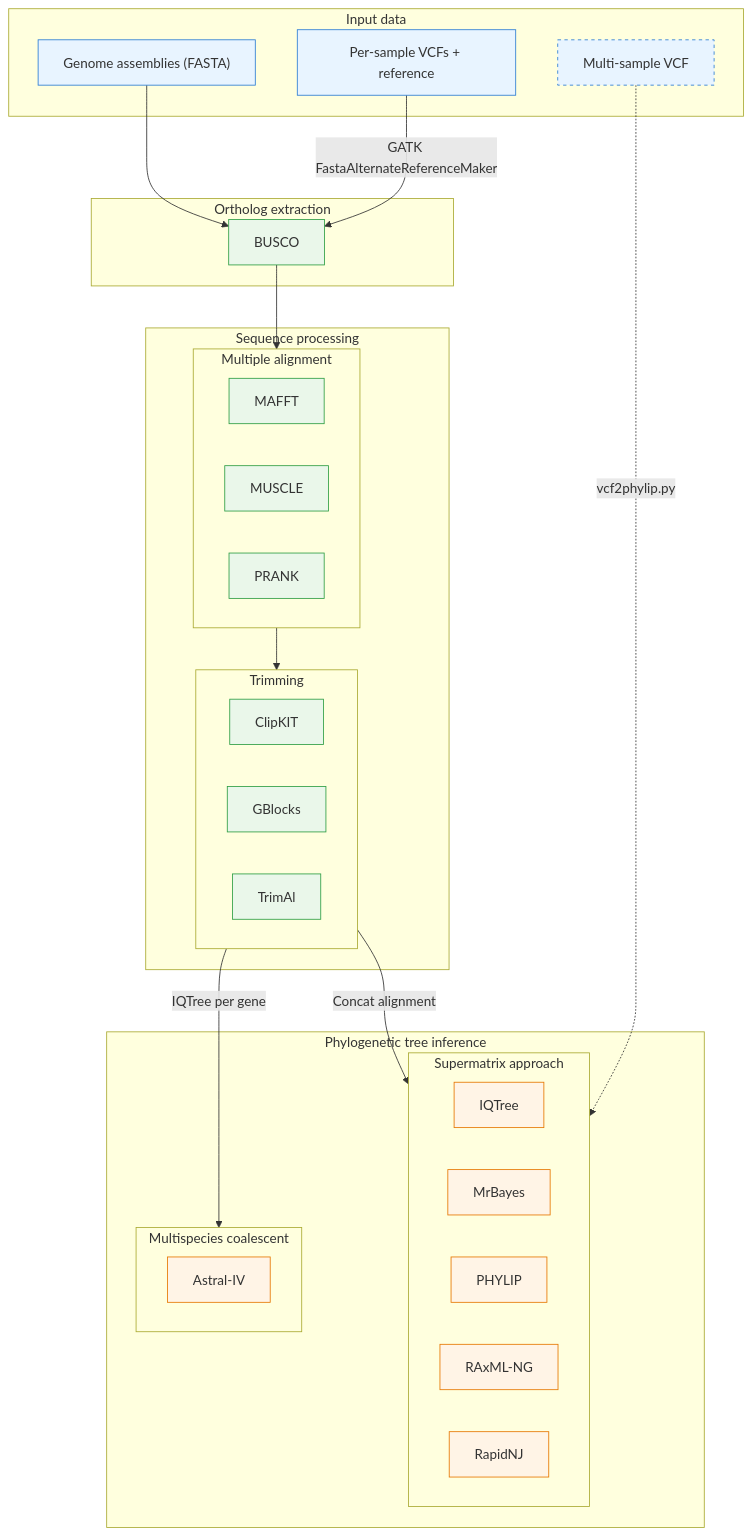
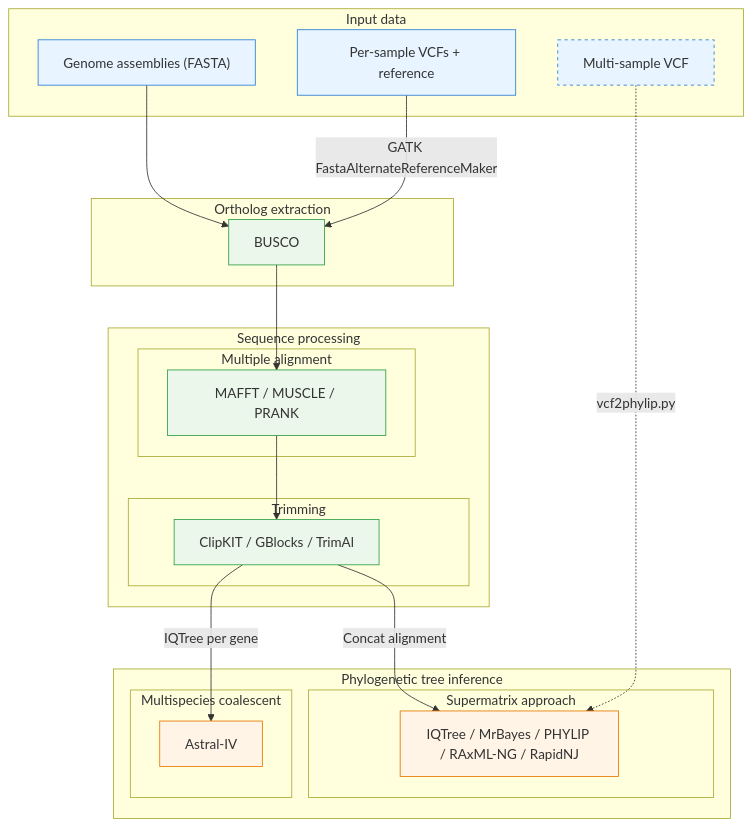
One commit to tomarovsky/BuscoClade changed the diagram in README.md. Above: the diagram before and after it, drawn with Mermaid.

````diff
--- a/README.md
+++ b/README.md
@@ -13,65 +13,57 @@
 ```mermaid
 flowchart TD
 
 %% ----- INPUT -----
 subgraph INPUT["Input data"]
 A_fa["Genome assemblies (FASTA)"]
 A_vcf["Per-sample VCFs + reference"]
 A_vcf2["Multi-sample VCF"]
 end
 
 %% ----- BUSCO -----
 subgraph BUSCO["Ortholog extraction"]
 B_busco["BUSCO"]
 end
 
 %% ----- PREPROCESSING -----
 subgraph PREP["Sequence processing"]
 subgraph ALN["Multiple alignment"]
-C_mafft["MAFFT"]
-C_muscle["MUSCLE"]
-C_prank["PRANK"]
+C_aln["MAFFT / MUSCLE / PRANK"]
 end
 subgraph FLT["Trimming"]
-C_clipkit["ClipKIT"]
-C_gblocks["GBlocks"]
-C_trimal["TrimAl"]
+C_flt["ClipKIT / GBlocks / TrimAl"]
 end
 end
 
 %% ----- PHYLOGENY -----
 subgraph PHYLO["Phylogenetic tree inference"]
 subgraph CONCAT["Supermatrix approach"]
-E_iqtree["IQTree"]
-E_mrbayes["MrBayes"]
-E_phylip["PHYLIP"]
-E_raxml["RAxML-NG"]
-E_rapidnj["RapidNJ"]
+E_phy["IQTree / MrBayes / PHYLIP / RAxML-NG / RapidNJ"]
 end
 subgraph TREE["Multispecies coalescent"]
 D_ast["Astral-IV"]
 end
 end
 
 %% ----- EDGES: MAIN -----
 A_fa --> B_busco
 A_vcf -->|"GATK FastaAlternateReferenceMaker"| B_busco
-B_busco --> ALN
-ALN --> FLT
-FLT -->|"Concat alignment"| CONCAT
-FLT -->|"IQTree per gene"| TREE
+B_busco --> C_aln
+C_aln --> C_flt
+C_flt -->|"Concat alignment"| E_phy
+C_flt -->|"IQTree per gene"| D_ast
 
 %% ----- EDGES: VCF2PHYLIP -----
-A_vcf2 -. "vcf2phylip.py" .-> CONCAT
+A_vcf2 -. "vcf2phylip.py" .-> E_phy
 
 %% ----- STYLE -----
 classDef input fill:#e8f4ff,stroke:#2b7cd3,stroke-width:1px
 classDef process fill:#eaf7ea,stroke:#2f9e44,stroke-width:1px
 classDef phylo fill:#fff4e6,stroke:#e67700,stroke-width:1px
 classDef optional fill:#e8f4ff,stroke:#2b7cd3,stroke-width:1px,stroke-dasharray:4 4
 
 class A_fa,A_vcf input
-class B_busco,C_mafft,C_muscle,C_prank,C_clipkit,C_gblocks,C_trimal process
-class D_ast,E_iqtree,E_mrbayes,E_phylip,E_raxml,E_rapidnj phylo
+class B_busco,C_aln,C_flt process
+class D_ast,E_phy phylo
 class A_vcf2 optional
 ```
````
